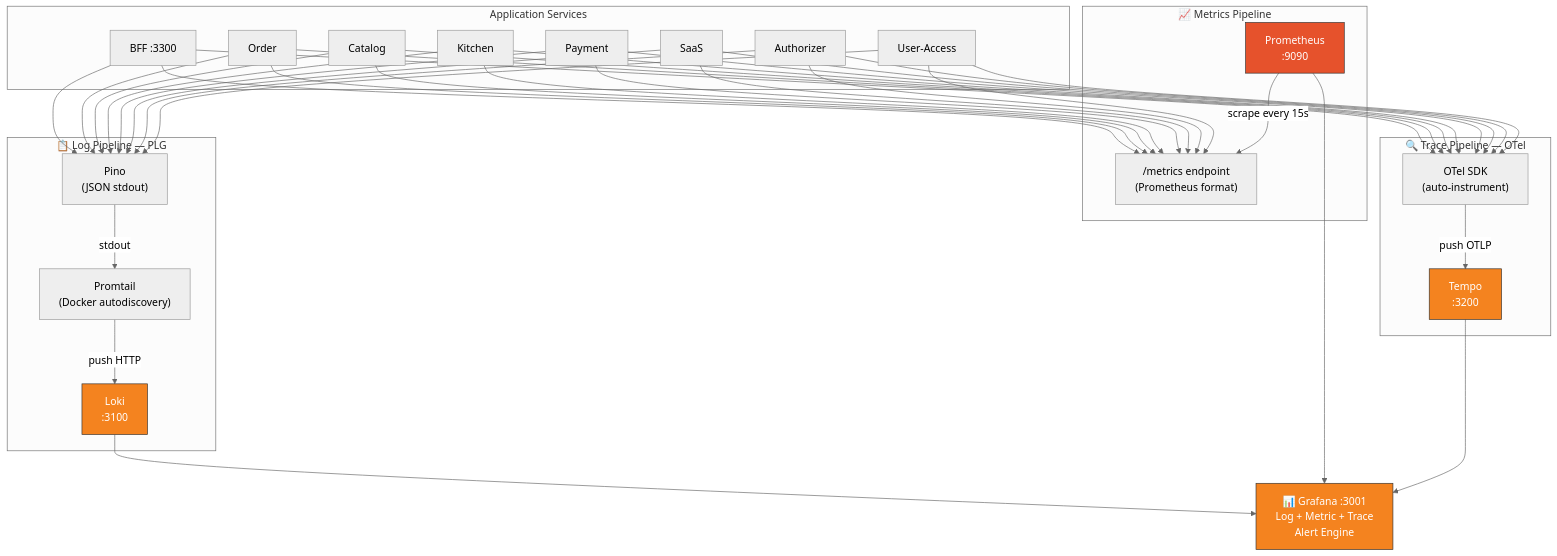
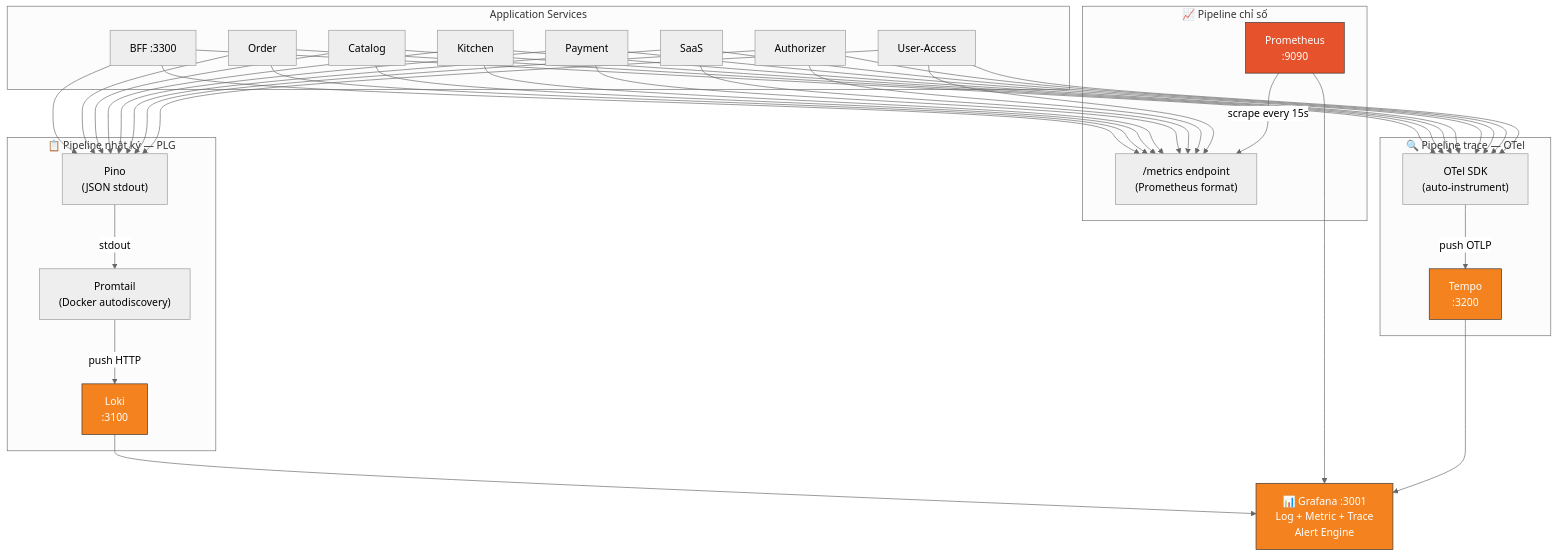
Before and after one commit to quan-vo-dinh/saas-pos-microservices-qrtable: the second of 3 diagrams in docs/guides/monitoring-observability-qrtable.md, drawn with Mermaid (neutral theme). The commit also changed other lines of this file and 46 other files, not shown here.

````diff
--- a/docs/guides/monitoring-observability-qrtable.md
+++ b/docs/guides/monitoring-observability-qrtable.md
@@ -717,50 +717,50 @@
 ```mermaid
 graph TB
     subgraph "Application Services"
         BFF["BFF :3300"]
         ORDER["Order"]
         CATALOG["Catalog"]
         KITCHEN["Kitchen"]
         PAYMENT["Payment"]
         SAAS["SaaS"]
         AUTH["Authorizer"]
         UA["User-Access"]
     end
 
-    subgraph "📋 Log Pipeline — PLG"
+    subgraph "📋 Pipeline nhật ký — PLG"
         PINO["Pino\n(JSON stdout)"]
         PROMTAIL["Promtail\n(Docker autodiscovery)"]
         LOKI["Loki\n:3100"]
     end
 
-    subgraph "📈 Metrics Pipeline"
+    subgraph "📈 Pipeline chỉ số"
         METRICS_EP["/metrics endpoint\n(Prometheus format)"]
         PROM["Prometheus\n:9090"]
     end
 
-    subgraph "🔍 Trace Pipeline — OTel"
+    subgraph "🔍 Pipeline trace — OTel"
         OTEL["OTel SDK\n(auto-instrument)"]
         TEMPO["Tempo\n:3200"]
     end
 
     GRAFANA["📊 Grafana :3001\nLog + Metric + Trace\nAlert Engine"]
 
     BFF & ORDER & CATALOG & KITCHEN & PAYMENT & SAAS & AUTH & UA --> PINO
     PINO -->|"stdout"| PROMTAIL
     PROMTAIL -->|"push HTTP"| LOKI
 
     BFF & ORDER & CATALOG & KITCHEN & PAYMENT & SAAS & AUTH & UA --> METRICS_EP
     PROM -->|"scrape every 15s"| METRICS_EP
 
     BFF & ORDER & CATALOG & KITCHEN & PAYMENT & SAAS & AUTH & UA --> OTEL
     OTEL -->|"push OTLP"| TEMPO
 
     LOKI --> GRAFANA
     PROM --> GRAFANA
     TEMPO --> GRAFANA
 
     style GRAFANA fill:#f4831f,stroke:#333,color:#fff
     style LOKI fill:#f4831f,stroke:#333,color:#fff
     style TEMPO fill:#f4831f,stroke:#333,color:#fff
     style PROM fill:#e6522c,stroke:#333,color:#fff
 ```
````
